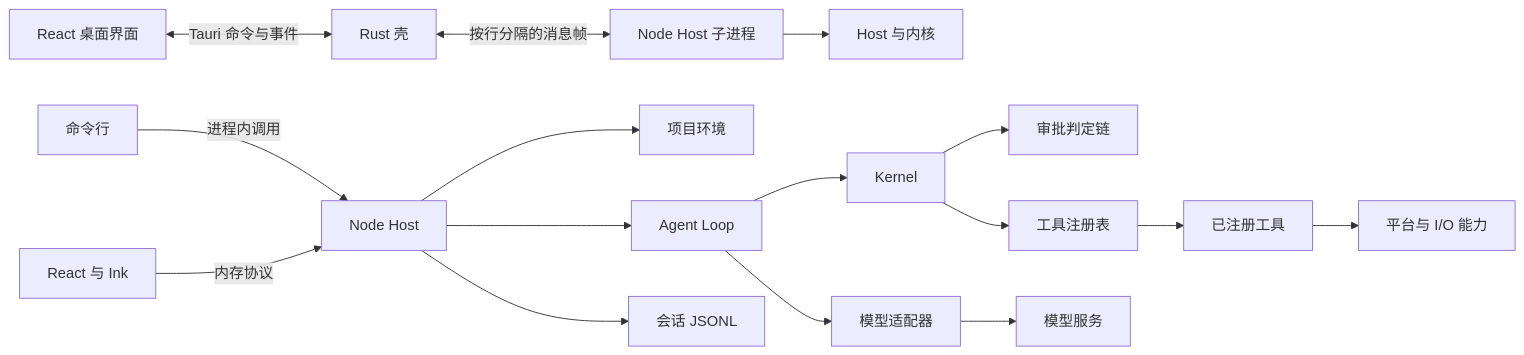
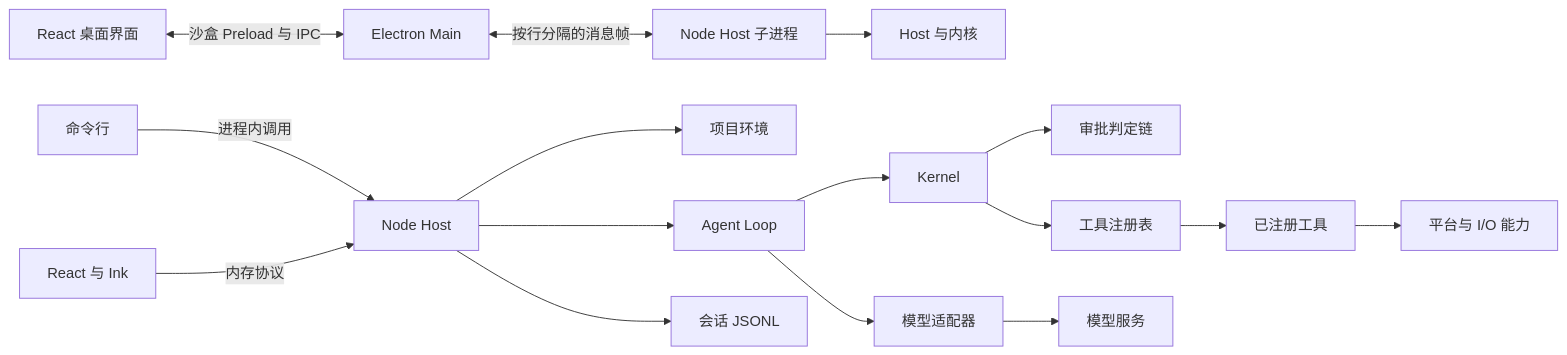
The first of 3 diagrams in docs/development/ARCHITECTURE.zh-cn.md (xswt442-cmd/ligule), drawn with Mermaid before and after one commit. The commit also changed other lines of this file and 6 other files, not shown here.

````diff
--- a/docs/development/ARCHITECTURE.zh-cn.md
+++ b/docs/development/ARCHITECTURE.zh-cn.md
@@ -27,18 +27,18 @@
 ```mermaid
 flowchart LR
   CLI[命令行] -->|进程内调用| Host[Node Host]
   TUI[React 与 Ink] -->|内存协议| Host
-  Web[React 桌面界面] <-->|Tauri 命令与事件| Shell[Rust 壳]
-  Shell <-->|按行分隔的消息帧| Child[Node Host 子进程]
+  Web[React 桌面界面] <-->|沙盒 Preload 与 IPC| Main[Electron Main]
+  Main <-->|按行分隔的消息帧| Child[Node Host 子进程]
   Child --> HostLogic[Host 与内核]
   Host --> Project[项目环境]
   Host --> Loop[Agent Loop]
   Host --> Session[会话 JSONL]
   Loop --> Provider[模型适配器]
   Loop --> Kernel[Kernel]
   Kernel --> Policy[审批判定链]
   Kernel --> Registry[工具注册表]
   Registry --> Tool[已注册工具]
   Tool --> Capability[平台与 I/O 能力]
   Provider --> Endpoint[模型服务]
 ```
````
